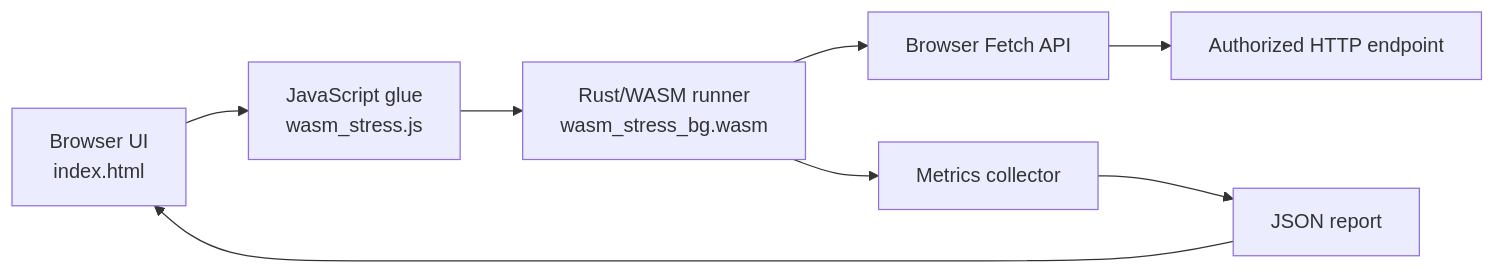
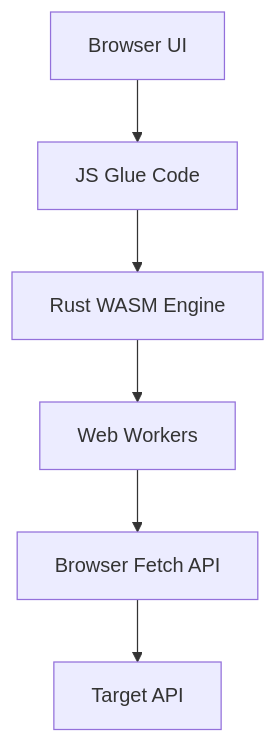
One commit to Quincunx33/StressTest-wasm changed the diagram in README.md. Above: the diagram before and after it, drawn with Mermaid. The commit also changed other lines of this file and 14 other files, not shown here.

````diff
--- a/README.md
+++ b/README.md
@@ -38,10 +88,8 @@
 ```mermaid
-flowchart LR
-    A[Browser UI\nindex.html] --> B[JavaScript glue\nwasm_stress.js]
-    B --> C[Rust/WASM runner\nwasm_stress_bg.wasm]
-    C --> D[Browser Fetch API]
-    D --> E[Authorized HTTP endpoint]
-    C --> F[Metrics collector]
-    F --> G[JSON report]
-    G --> A
+graph TD
+    UI[Browser UI] --> Glue[JS Glue Code]
+    Glue --> Engine[Rust WASM Engine]
+    Engine --> Workers[Web Workers]
+    Workers --> Fetch[Browser Fetch API]
+    Fetch --> Target[Target API]
 ```
````
